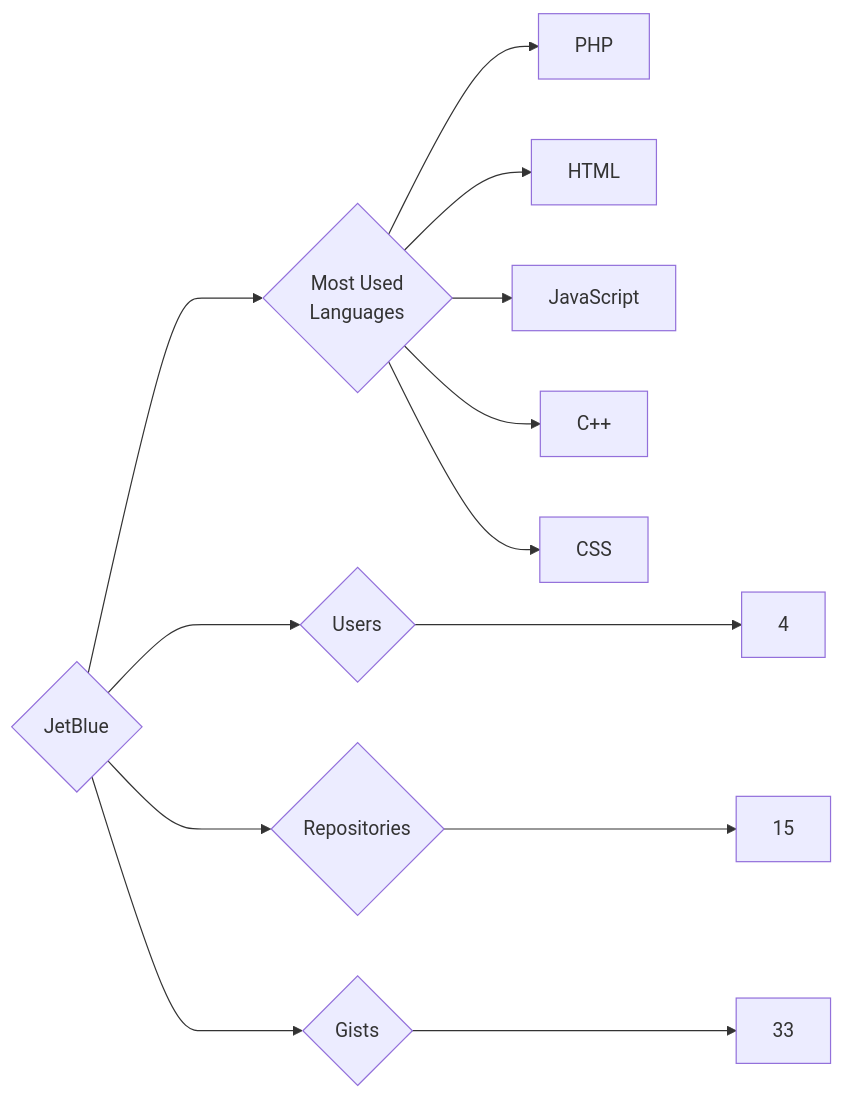
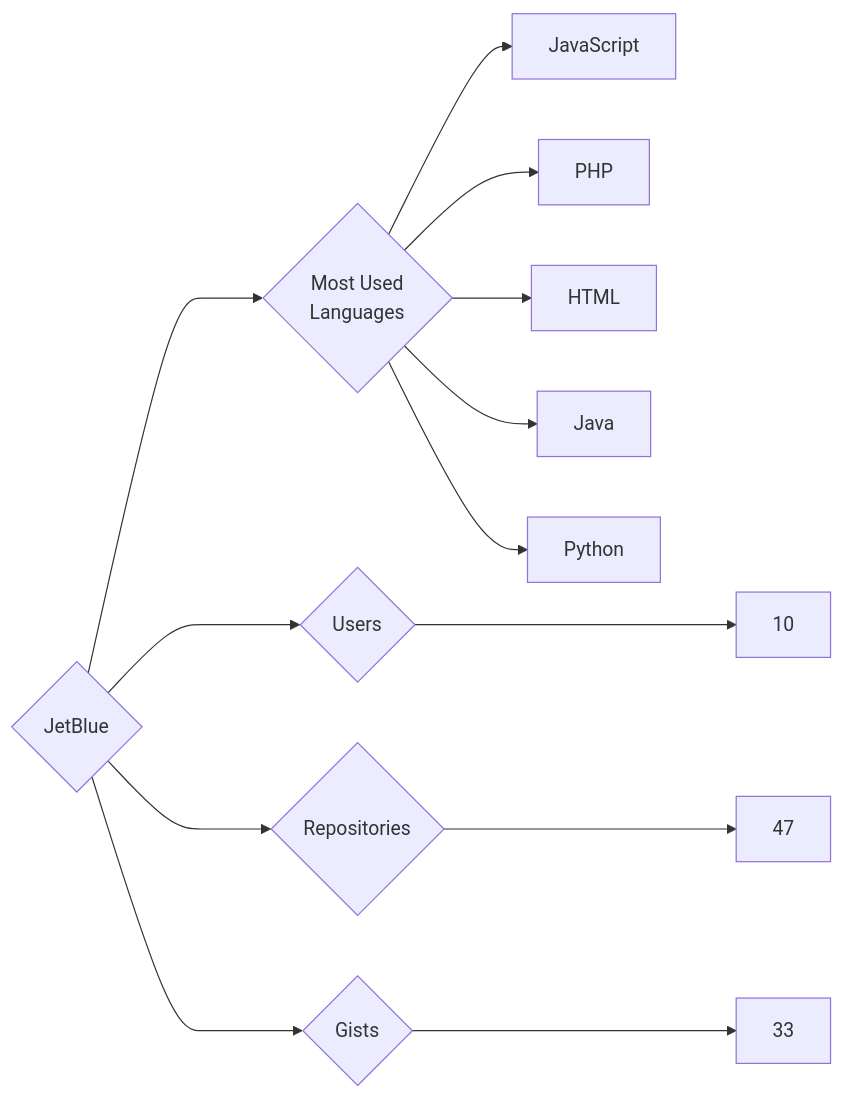
Before and after one commit to trickest/insiders: the diagram in targets/JetBlue/README.md, drawn with Mermaid. The commit also changed 1314 other files, not shown here.

````diff
--- a/targets/JetBlue/README.md
+++ b/targets/JetBlue/README.md
@@ -3,13 +3,13 @@
 ```mermaid
 graph LR
 COMPANY_NAME{JetBlue}
-COMPANY_NAME ---> U{Users} ---> UN[4]
-COMPANY_NAME ---> R{Repositories} ---> RN[15]
+COMPANY_NAME ---> U{Users} ---> UN[10]
+COMPANY_NAME ---> R{Repositories} ---> RN[47]
 COMPANY_NAME ---> G{Gists} ---> GN[33]
 COMPANY_NAME ---> ML{Most Used<br>Languages}
+ML --> JavaScript[JavaScript]
 ML --> PHP[PHP]
 ML --> HTML[HTML]
-ML --> JavaScript[JavaScript]
-ML --> C++[C++]
-ML --> CSS[CSS]
+ML --> Java[Java]
+ML --> Python[Python]
 ```
````
